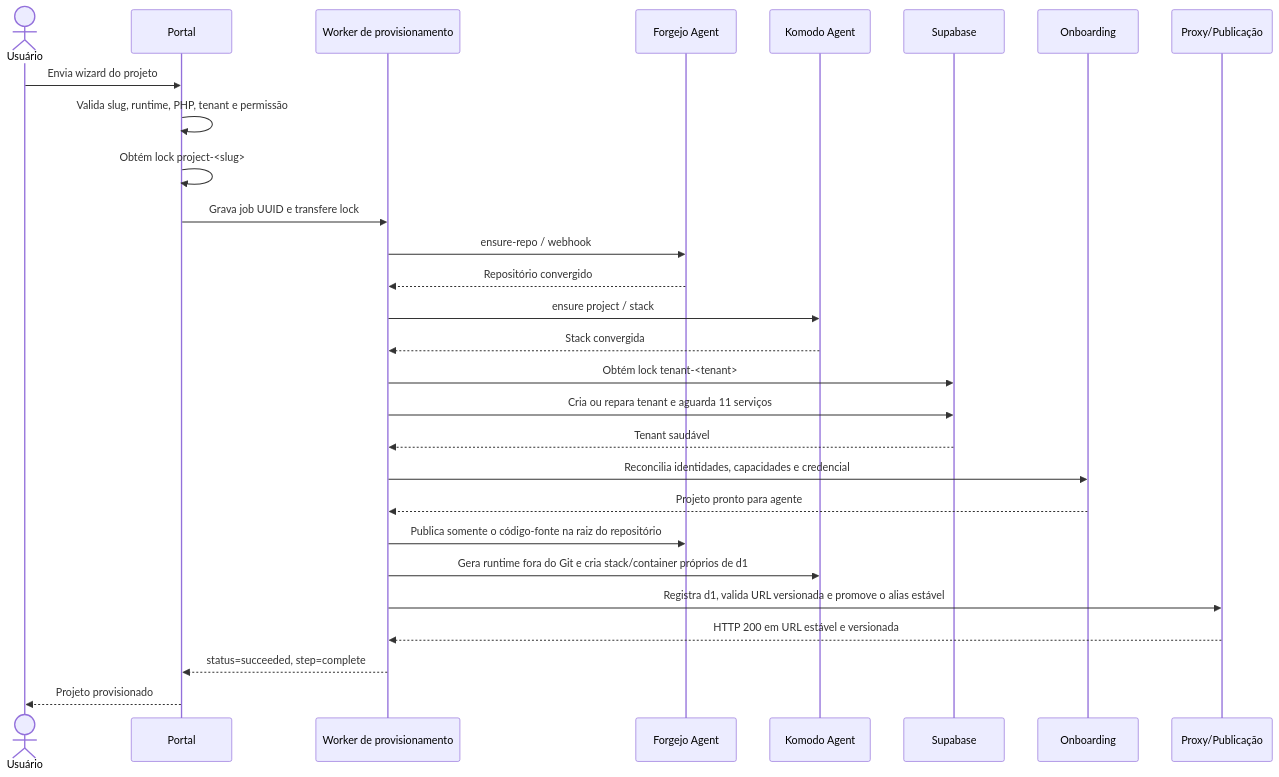
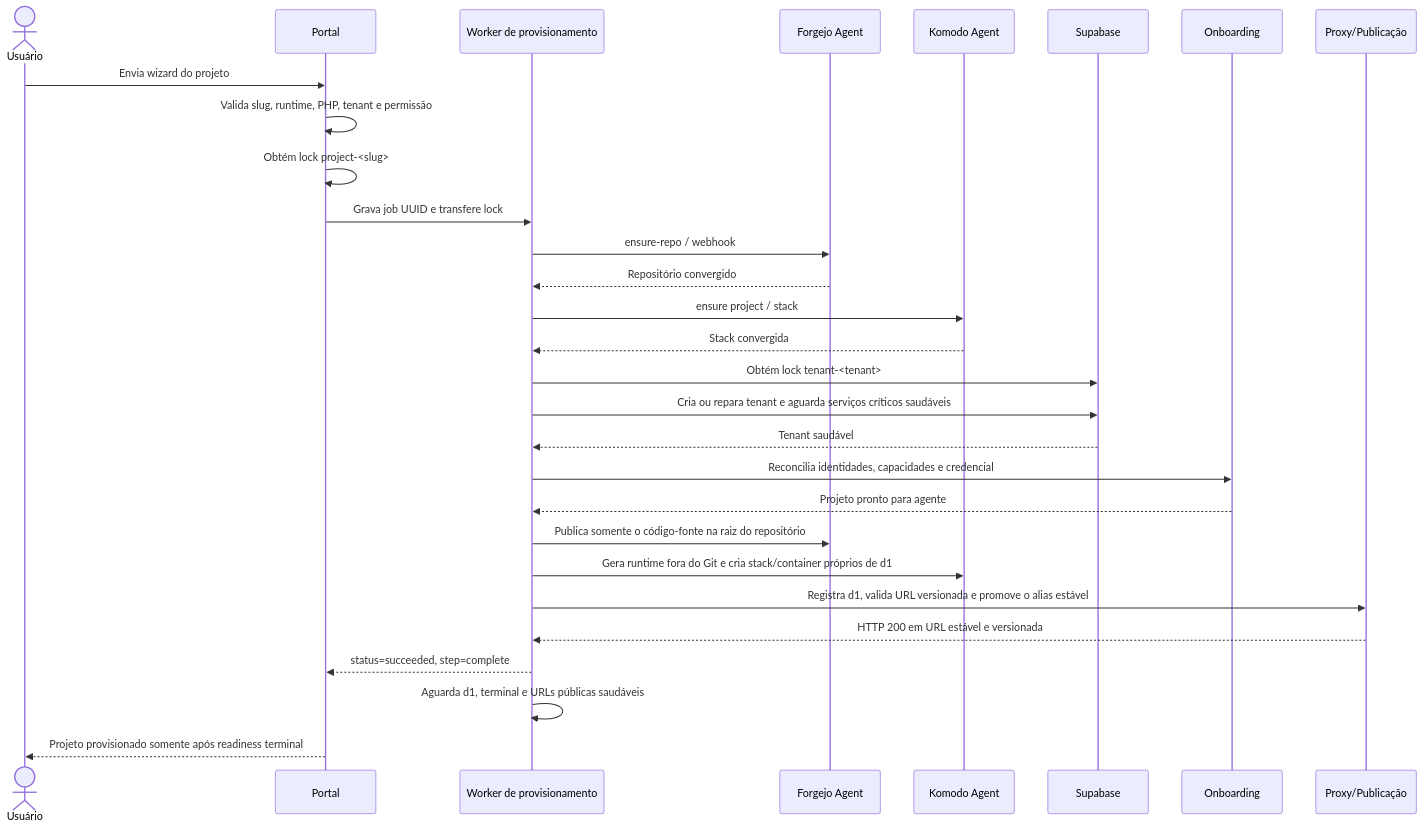
The first of 4 diagrams in docs/manual-tecnico/02-FLUXOS.md (debianlima/cloudiff), drawn with Mermaid before and after one commit. The commit also changed 20 other files, not shown here.

Commit message:
Wait for tenant and d1 readiness during provisioning

````diff
--- a/docs/manual-tecnico/02-FLUXOS.md
+++ b/docs/manual-tecnico/02-FLUXOS.md
@@ -5,31 +5,32 @@
 ```mermaid
 sequenceDiagram
   actor U as Usuário
   participant P as Portal
   participant J as Worker de provisionamento
   participant F as Forgejo Agent
   participant K as Komodo Agent
   participant S as Supabase
   participant O as Onboarding
   participant X as Proxy/Publicação
 
   U->>P: Envia wizard do projeto
   P->>P: Valida slug, runtime, PHP, tenant e permissão
   P->>P: Obtém lock project-<slug>
   P->>J: Grava job UUID e transfere lock
   J->>F: ensure-repo / webhook
   F-->>J: Repositório convergido
   J->>K: ensure project / stack
   K-->>J: Stack convergida
   J->>S: Obtém lock tenant-<tenant>
-  J->>S: Cria ou repara tenant e aguarda 11 serviços
+  J->>S: Cria ou repara tenant e aguarda serviços críticos saudáveis
   S-->>J: Tenant saudável
   J->>O: Reconcilia identidades, capacidades e credencial
   O-->>J: Projeto pronto para agente
   J->>F: Publica somente o código-fonte na raiz do repositório
   J->>K: Gera runtime fora do Git e cria stack/container próprios de d1
   J->>X: Registra d1, valida URL versionada e promove o alias estável
   X-->>J: HTTP 200 em URL estável e versionada
   J-->>P: status=succeeded, step=complete
-  P-->>U: Projeto provisionado
+  J->>J: Aguarda d1, terminal e URLs públicas saudáveis
+  P-->>U: Projeto provisionado somente após readiness terminal
 ```
````
